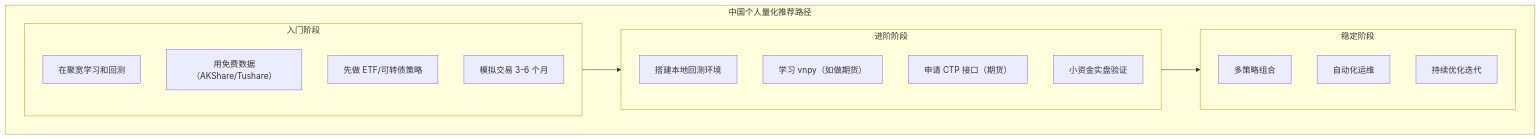
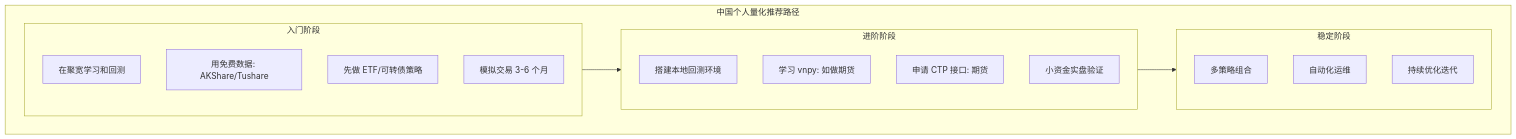
One commit to jpixy/jpixy.github.io changed diagram 11 of 13 in content/articles/quant/quant-03-中国大陆量化交易接口与数据.md. Above: the diagram before and after it, drawn with Mermaid. The commit also changed other lines of this file and 66 other files, not shown here.

Commit message:
fix: resolve Mermaid syntax errors by removing parentheses in node labels

````diff
--- a/content/articles/quant/quant-03-中国大陆量化交易接口与数据.md
+++ b/content/articles/quant/quant-03-中国大陆量化交易接口与数据.md
@@ -417,23 +417,23 @@
 ```mermaid
 graph TB
     subgraph 路径["中国个人量化推荐路径"]
         subgraph 入门阶段
             R1["在聚宽学习和回测"]
-            R2["用免费数据（AKShare/Tushare）"]
+            R2["用免费数据: AKShare/Tushare"]
             R3["先做 ETF/可转债策略"]
             R4["模拟交易 3-6 个月"]
         end
         subgraph 进阶阶段
             J1["搭建本地回测环境"]
-            J2["学习 vnpy（如做期货）"]
-            J3["申请 CTP 接口（期货）"]
+            J2["学习 vnpy: 如做期货"]
+            J3["申请 CTP 接口: 期货"]
             J4["小资金实盘验证"]
         end
         subgraph 稳定阶段
             W1["多策略组合"]
             W2["自动化运维"]
             W3["持续优化迭代"]
         end
     end
     入门阶段 --> 进阶阶段 --> 稳定阶段
 ```
````
